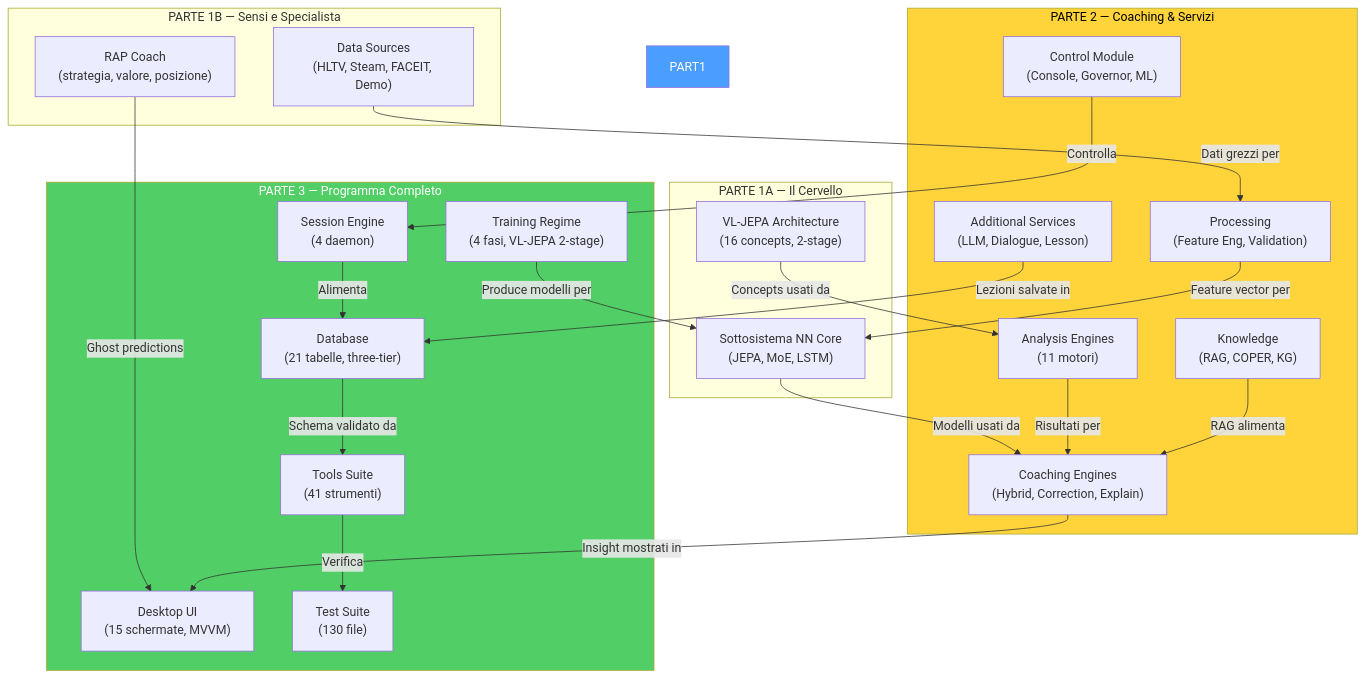
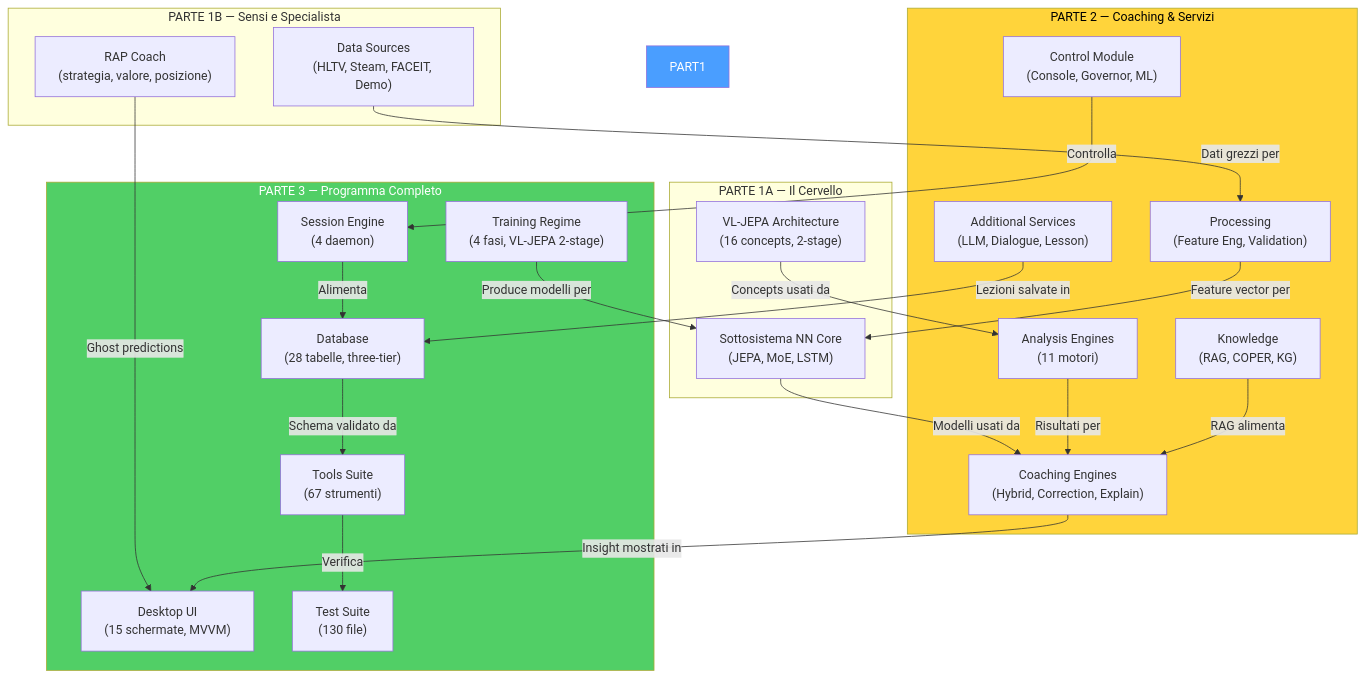
Diagram 52 of 52 in docs/books/Book-Coach-3.md (renanaugustomacena-ux/Counter-Strike-coach-AI), drawn with Mermaid before and after one commit. The commit also changed other lines of this file and 4 other files, not shown here.

````diff
--- a/docs/books/Book-Coach-3.md
+++ b/docs/books/Book-Coach-3.md
@@ -2954,46 +2897,46 @@
 ```mermaid
 flowchart TB
     subgraph PART1A["PARTE 1A — Il Cervello"]
         P1_NN["Sottosistema NN Core<br/>(JEPA, MoE, LSTM)"]
         P1_VL["VL-JEPA Architecture<br/>(16 concepts, 2-stage)"]
     end
     subgraph PART1B["PARTE 1B — Sensi e Specialista"]
         P1_RAP["RAP Coach<br/>(strategia, valore, posizione)"]
         P1_DS["Data Sources<br/>(HLTV, Steam, FACEIT, Demo)"]
     end
     subgraph PART2["PARTE 2 — Coaching & Servizi"]
         P2_CE["Coaching Engines<br/>(Hybrid, Correction, Explain)"]
         P2_SV["Additional Services<br/>(LLM, Dialogue, Lesson)"]
         P2_AN["Analysis Engines<br/>(11 motori)"]
         P2_KN["Knowledge<br/>(RAG, COPER, KG)"]
         P2_PR["Processing<br/>(Feature Eng, Validation)"]
         P2_CT["Control Module<br/>(Console, Governor, ML)"]
     end
     subgraph PART3["PARTE 3 — Programma Completo"]
-        P3_DB["Database<br/>(21 tabelle, three-tier)"]
+        P3_DB["Database<br/>(28 tabelle, three-tier)"]
         P3_TR["Training Regime<br/>(4 fasi, VL-JEPA 2-stage)"]
         P3_UI["Desktop UI<br/>(15 schermate, MVVM)"]
         P3_SE["Session Engine<br/>(4 daemon)"]
-        P3_TL["Tools Suite<br/>(41 strumenti)"]
+        P3_TL["Tools Suite<br/>(67 strumenti)"]
         P3_TS["Test Suite<br/>(130 file)"]
     end
 
     P1_NN -->|"Modelli usati da"| P2_CE
     P1_VL -->|"Concepts usati da"| P2_AN
     P1_RAP -->|"Ghost predictions"| P3_UI
     P1_DS -->|"Dati grezzi per"| P2_PR
     P2_CE -->|"Insight mostrati in"| P3_UI
     P2_SV -->|"Lezioni salvate in"| P3_DB
     P2_AN -->|"Risultati per"| P2_CE
     P2_KN -->|"RAG alimenta"| P2_CE
     P2_PR -->|"Feature vector per"| P1_NN
     P2_CT -->|"Controlla"| P3_SE
     P3_DB -->|"Schema validato da"| P3_TL
     P3_TR -->|"Produce modelli per"| P1_NN
     P3_SE -->|"Alimenta"| P3_DB
     P3_TL -->|"Verifica"| P3_TS
 
     style PART1 fill:#4a9eff,color:#fff
     style PART2 fill:#ffd43b,color:#000
     style PART3 fill:#51cf66,color:#fff
 ```
````
